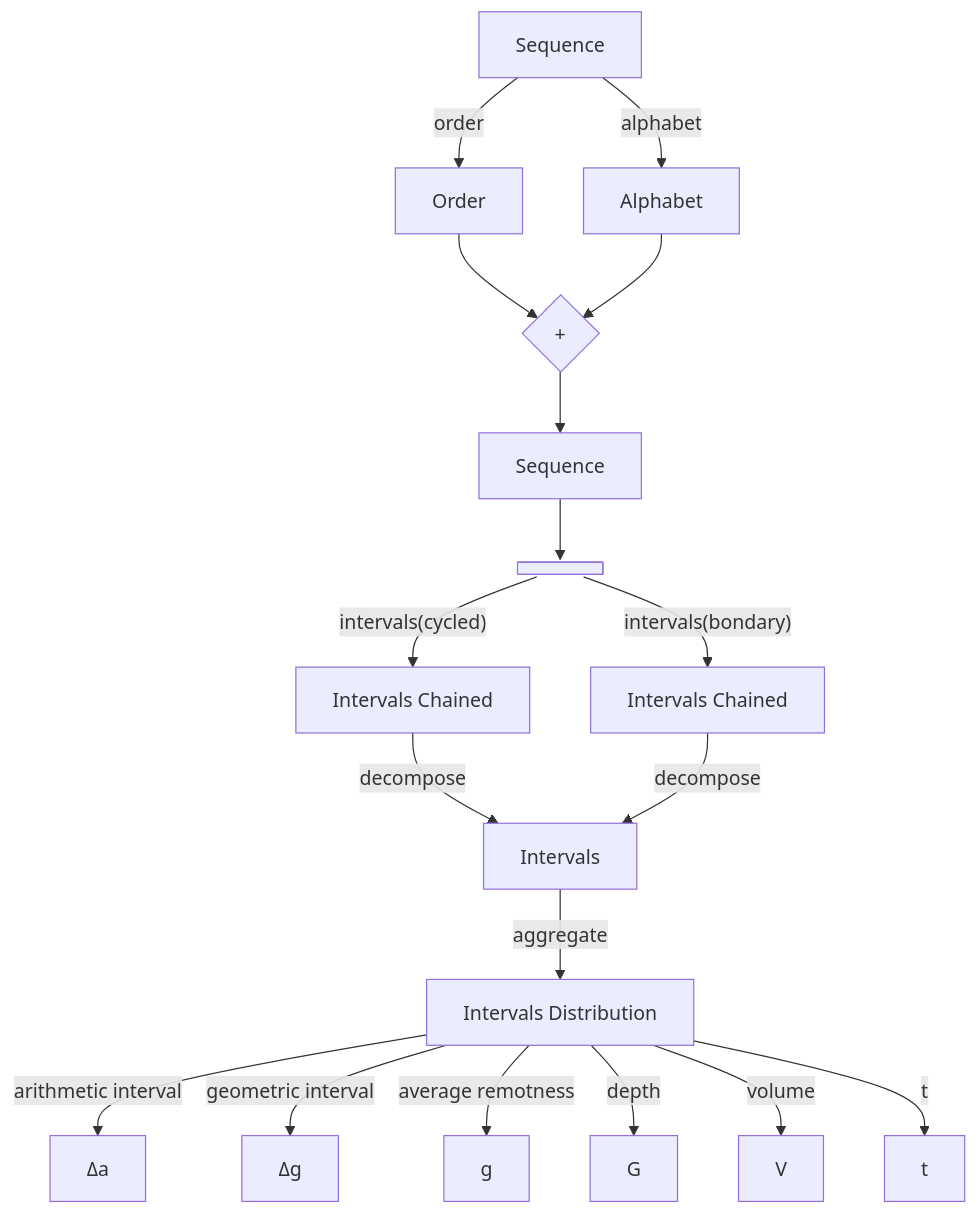
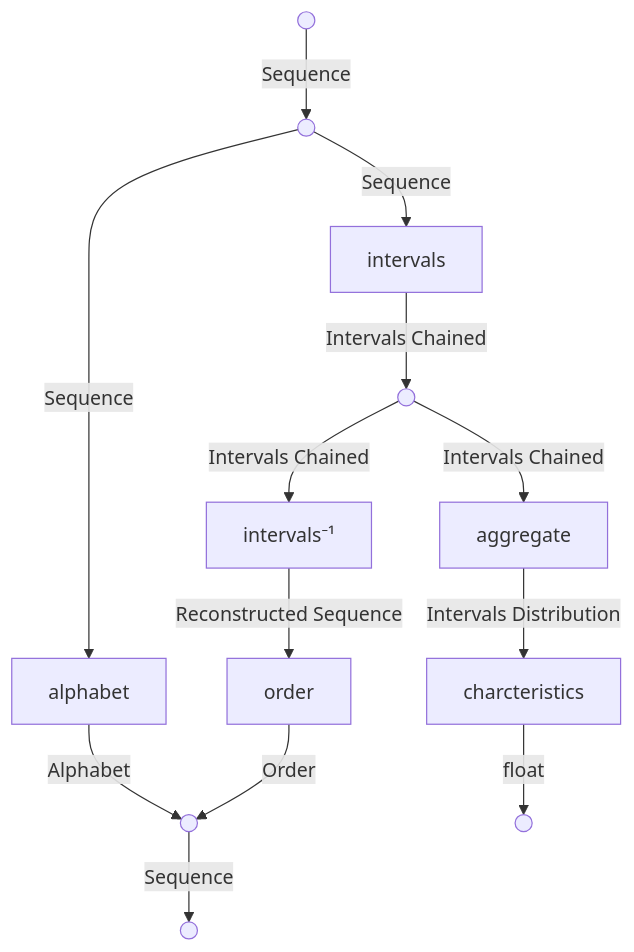
Before and after one commit to intervals-mining-lab/foapy: the second of 2 diagrams in docs/fundamentals/objects/index.md, drawn with Mermaid. The commit also changed other lines of this file and 6 other files, not shown here.

````diff
--- a/docs/fundamentals/objects/index.md
+++ b/docs/fundamentals/objects/index.md
@@ -21,20 +12,17 @@
 ```mermaid
 flowchart TB
-    Sequence-- alphabet -->Alphabet
-    Sequence-- order -->Order
-    Order-->OA@{ shape: diamond, label: "+" }
-    Alphabet-->OA@{ shape: diamond, label: "+" }
-    OA@{ shape: diamond, label: "\\+" }-->Sequencetwo@{ label: "Sequence" }
-    Sequencetwo@{ label: "Sequence" }-->fork@{ shape: fork, label: "" }
-    fork@{ shape: fork, label: "" }-- intervals(cycled) --> ICC@{ label: "Intervals Chained" }
-    fork@{ shape: fork, label: "" }-- intervals(bondary) --> ICB@{ label: "Intervals Chained" }
-    ICC@{ label: "Intervals Chained" }-- decompose -->IT@{ label: "Intervals" }
-    ICB@{ label: "Intervals Chained" }-- decompose -->IT@{ label: "Intervals" }
-    IT@{ label: "Intervals" }-- aggregate -->ID@{ label: "Intervals Distribution" }
-    ID@{ label: "Intervals Distribution" }-- arithmetic interval -->da@{ label: "Δa" }
-    ID@{ label: "Intervals Distribution" }-- geometric interval -->dg@{ label: "Δg" }
-    ID@{ label: "Intervals Distribution" }-- average remotness -->g@{ label: "g" }
-    ID@{ label: "Intervals Distribution" }-- depth -->G@{ label: "G" }
-    ID@{ label: "Intervals Distribution" }-- volume -->V@{ label: "V" }
-    ID@{ label: "Intervals Distribution" }-- t -->t@{ label: "t" }
+    Start@{ shape: sm-circ, label: "" }-- Sequence -->fork1@{ shape: sm-circ, label: "" }
+    fork1@{ shape: sm-circ, label: "" }-- Sequence -->alphabet
+    alphabet-- Alphabet -->OA@{ shape: cross-circ, label: "order + alphabet" }
+    O@{label: "order"}-- Order -->OA@{ shape: sm-circ, label: "order + alphabet" }
+    OA@{ label: "order + alphabet" }-- Sequence -->End@{ shape: sm-circ, label: "end" }
+
+    fork1@{ shape: sm-circ, label: "" }-- Sequence -->intervals
+    intervals-- Intervals Chained -->fork@{ shape: sm-circ, label: "" }
+    fork@{ shape: sm-circ, label: "" }-- Intervals Chained -->inverseIntervals@{ label: "intervals⁻¹" }
+    fork@{ shape: sm-circ, label: "" }-- Intervals Chained -->aggregate
+    inverseIntervals@{ label: "intervals⁻¹" }-- Reconstructed Sequence --> O@{label: "order"}
+    aggregate-- Intervals Distribution --> measures@{ label: "charcteristics" }
+    measures@{ label: "charcteristics" } -- float --> EndMeaure@{ shape: sm-circ, label: "end" }
+
 ```
````
